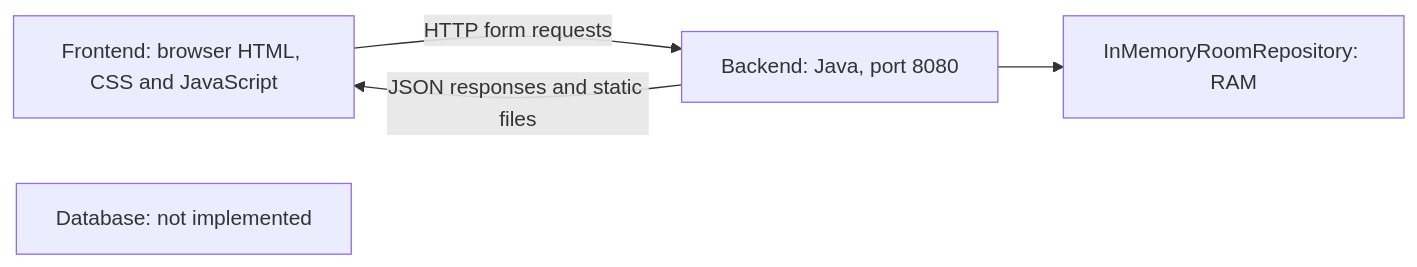
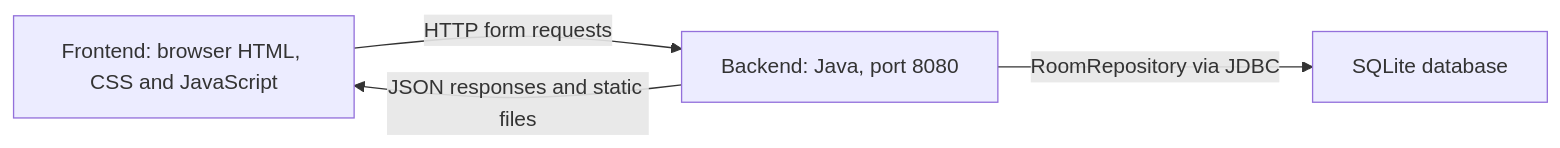
Before and after one commit to ikigachi/chess-software: the diagram in README.md, drawn with Mermaid. The commit also changed other lines of this file and 12 other files, not shown here.

Commit message:
Add SQLite persistence with a SQL schema and repository tests

````diff
--- a/README.md
+++ b/README.md
@@ -67,7 +68,6 @@
 ```mermaid
 flowchart LR
     F["Frontend: browser HTML, CSS and JavaScript"] -->|"HTTP form requests"| B["Backend: Java, port 8080"]
     B -->|"JSON responses and static files"| F
-    B --> R["InMemoryRoomRepository: RAM"]
-    D["Database: not implemented"]
+    B -->|"RoomRepository via JDBC"| D["SQLite database"]
 ```
````
